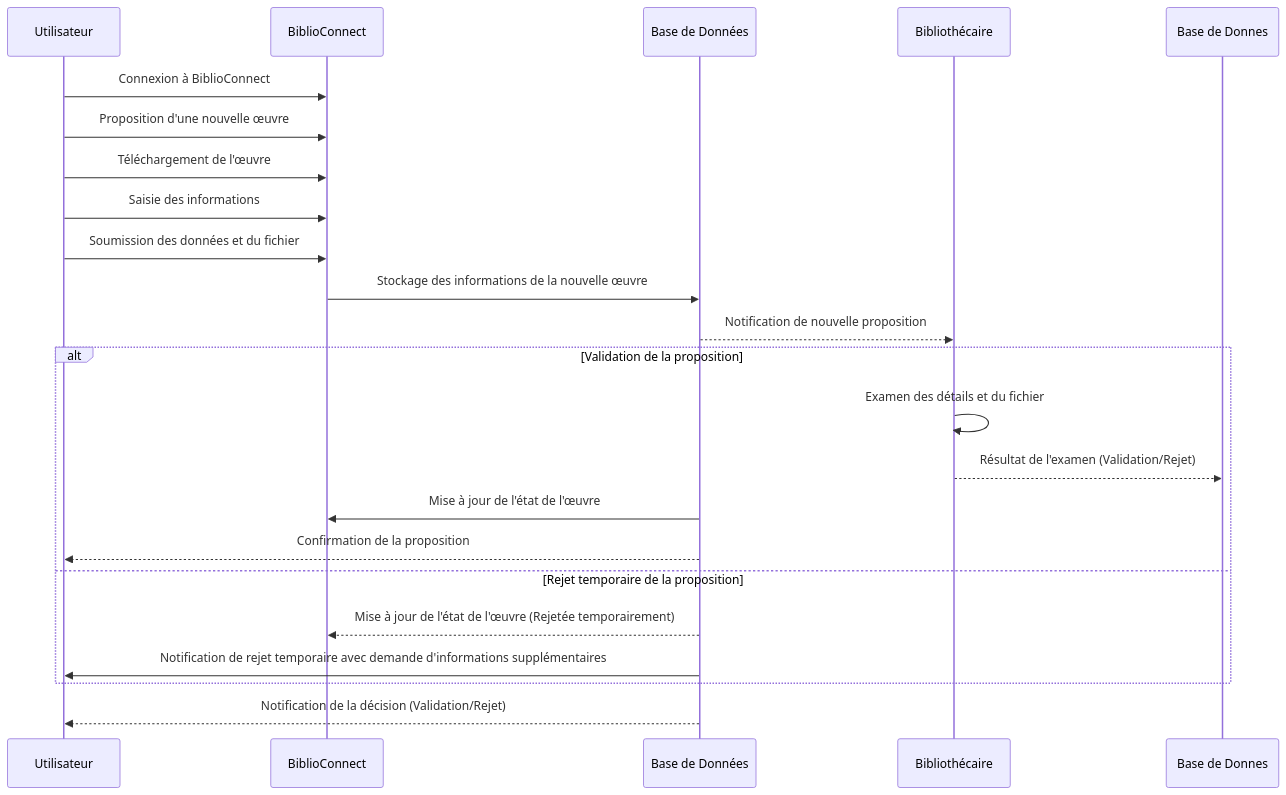
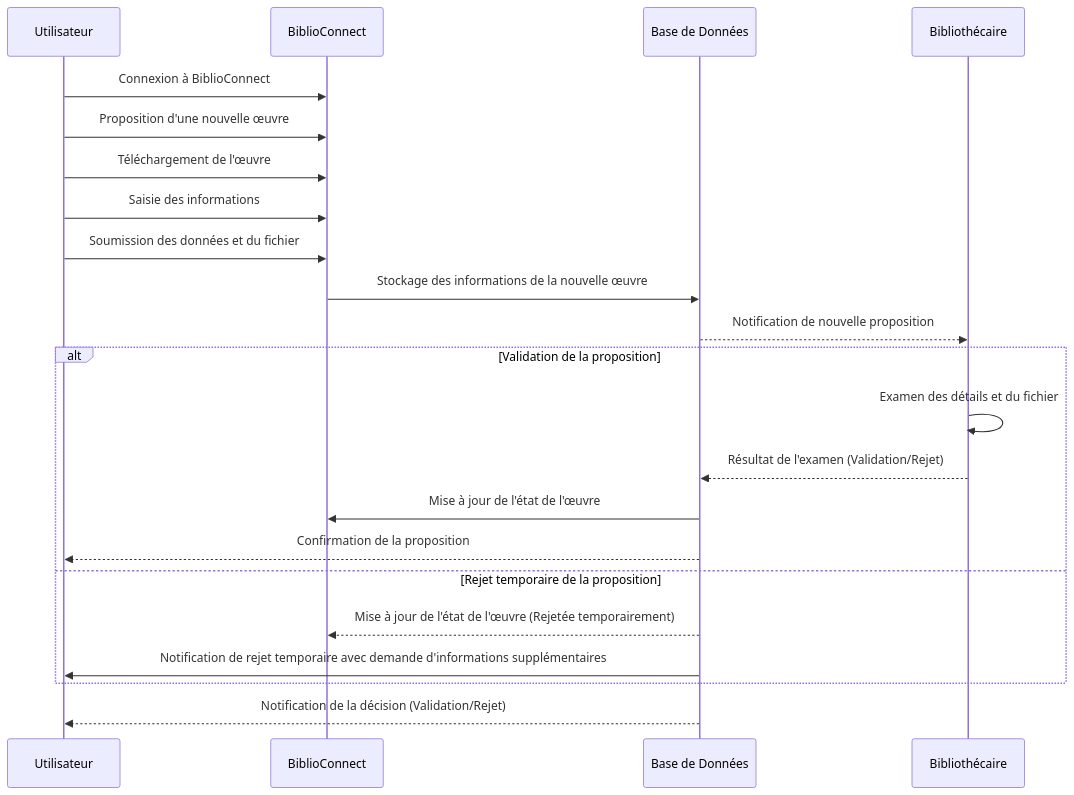
The second of 3 diagrams in Scenarios/S1/S1.md (nico30so/codemasters), drawn with Mermaid before and after one commit.

````diff
--- a/Scenarios/S1/S1.md
+++ b/Scenarios/S1/S1.md
@@ -53,26 +53,26 @@
 ```mermaid
 sequenceDiagram
     participant Utilisateur
     participant BiblioConnect
     participant Base de Données
     participant Bibliothécaire
 
     Utilisateur  ->> BiblioConnect: Connexion à BiblioConnect
     Utilisateur  ->> BiblioConnect: Proposition d'une nouvelle œuvre
     Utilisateur  ->> BiblioConnect: Téléchargement de l'œuvre
     Utilisateur  ->> BiblioConnect: Saisie des informations
     Utilisateur  ->> BiblioConnect: Soumission des données et du fichier
     BiblioConnect ->> Base de Données: Stockage des informations de la nouvelle œuvre
     Base de Données -->> Bibliothécaire: Notification de nouvelle proposition
 
     alt Validation de la proposition
         Bibliothécaire ->> Bibliothécaire: Examen des détails et du fichier
-        Bibliothécaire -->> Base de Donnes: Résultat de l'examen (Validation/Rejet)
+        Bibliothécaire -->> Base de Données: Résultat de l'examen (Validation/Rejet)
         Base de Données ->> BiblioConnect: Mise à jour de l'état de l'œuvre
         Base de Données -->> Utilisateur: Confirmation de la proposition
     else Rejet temporaire de la proposition
         Base de Données -->> BiblioConnect: Mise à jour de l'état de l'œuvre (Rejetée temporairement)
         Base de Données ->> Utilisateur : Notification de rejet temporaire avec demande d'informations supplémentaires
     end
     Base de Données -->> Utilisateur : Notification de la décision (Validation/Rejet)
 ```
````
